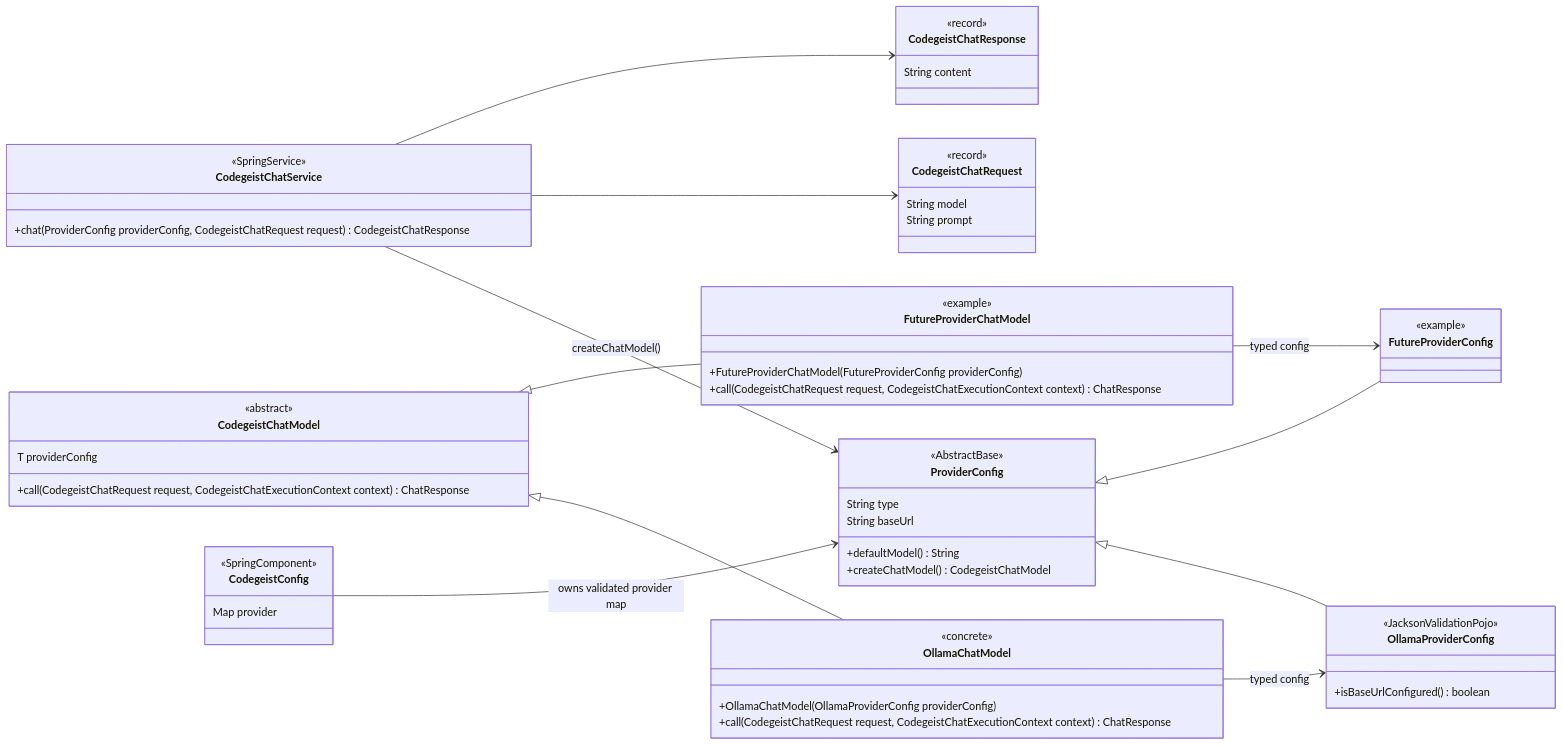
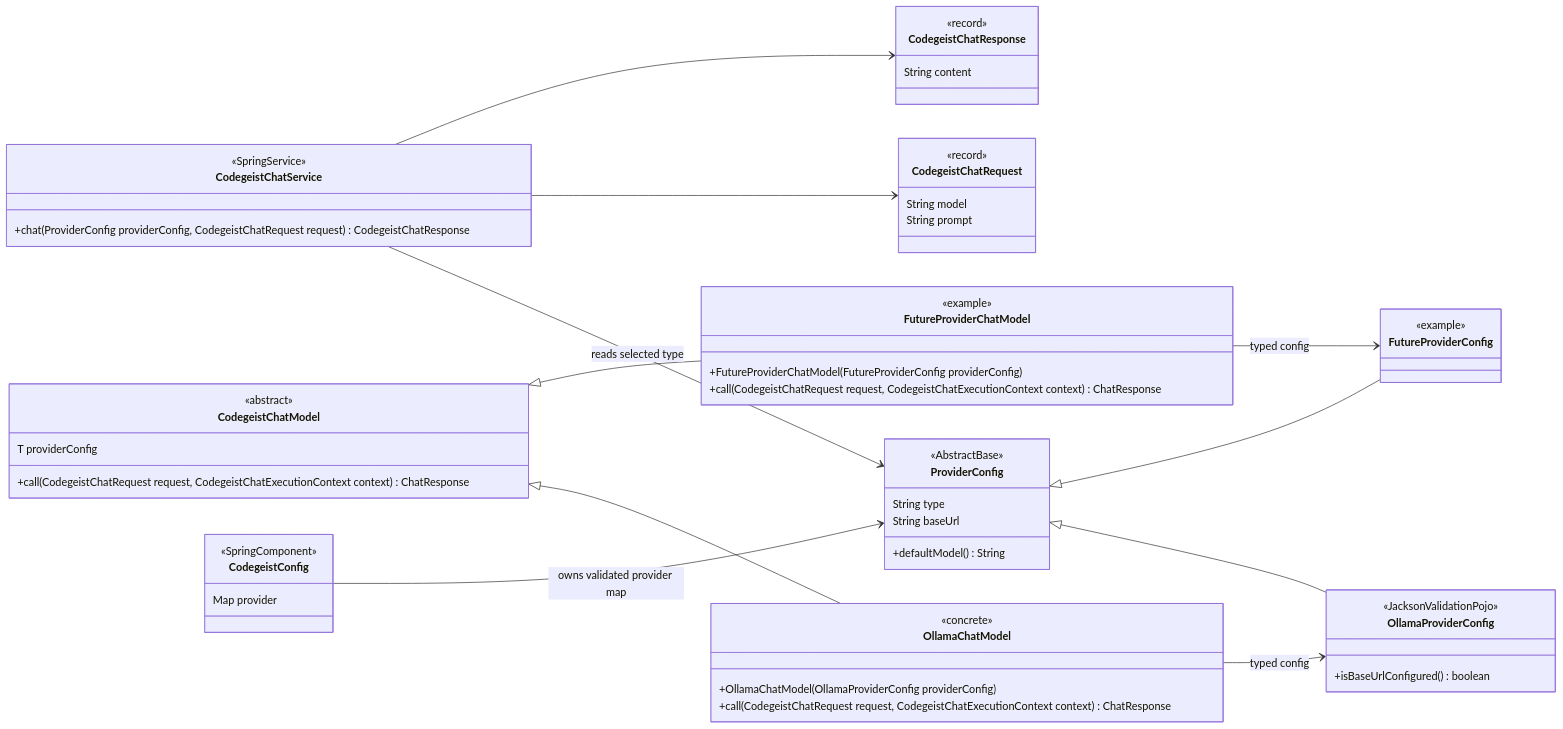
One commit to codegeist-ai/codegeist changed the second of 3 diagrams in docs/developer/specification/llm-provider-implementation.md. Above: the diagram before and after it, drawn with Mermaid. The commit also changed other lines of this file and 45 other files, not shown here.

````diff
--- a/docs/developer/specification/llm-provider-implementation.md
+++ b/docs/developer/specification/llm-provider-implementation.md
@@ -47,74 +47,73 @@
 ```mermaid
 classDiagram
     direction LR
 
     class CodegeistChatService {
       <<SpringService>>
       +chat(ProviderConfig providerConfig, CodegeistChatRequest request) CodegeistChatResponse
     }
 
     class CodegeistChatRequest {
       <<record>>
       String model
       String prompt
     }
 
     class CodegeistChatResponse {
       <<record>>
       String content
     }
 
     class CodegeistChatModel {
       <<abstract>>
       T providerConfig
       +call(CodegeistChatRequest request, CodegeistChatExecutionContext context) ChatResponse
     }
 
     class OllamaChatModel {
       <<concrete>>
       +OllamaChatModel(OllamaProviderConfig providerConfig)
       +call(CodegeistChatRequest request, CodegeistChatExecutionContext context) ChatResponse
     }
 
     class FutureProviderChatModel {
       <<example>>
       +FutureProviderChatModel(FutureProviderConfig providerConfig)
       +call(CodegeistChatRequest request, CodegeistChatExecutionContext context) ChatResponse
     }
 
     class CodegeistConfig {
       <<SpringComponent>>
       <<ConfigurationProperties>>
       Map provider
     }
 
     class ProviderConfig {
       <<AbstractBase>>
       <<JacksonValidationPojo>>
       String type
       String baseUrl
       +defaultModel() String
-      +createChatModel() CodegeistChatModel
     }
 
     class OllamaProviderConfig {
       <<JacksonValidationPojo>>
       +isBaseUrlConfigured() boolean
     }
 
     class FutureProviderConfig {
       <<example>>
       <<JacksonValidationPojo>>
     }
 
     CodegeistConfig --> ProviderConfig : owns validated provider map
-    CodegeistChatService --> ProviderConfig : createChatModel()
+    CodegeistChatService --> ProviderConfig : reads selected type
     CodegeistChatService --> CodegeistChatRequest
     CodegeistChatService --> CodegeistChatResponse
     CodegeistChatModel <|-- OllamaChatModel
     CodegeistChatModel <|-- FutureProviderChatModel
     ProviderConfig <|-- OllamaProviderConfig
     ProviderConfig <|-- FutureProviderConfig
     OllamaChatModel --> OllamaProviderConfig : typed config
     FutureProviderChatModel --> FutureProviderConfig : typed config
 ```
````
